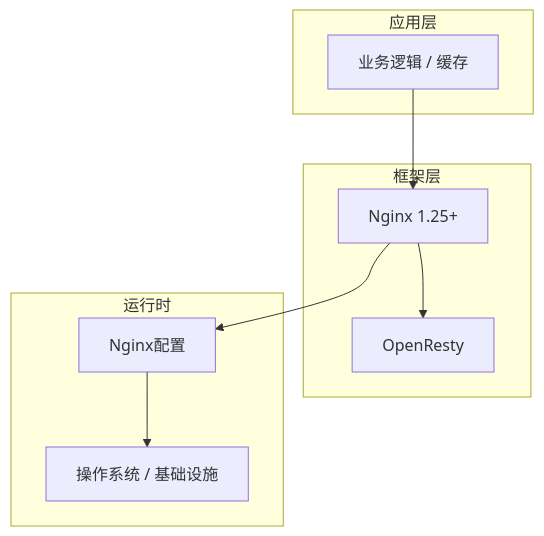
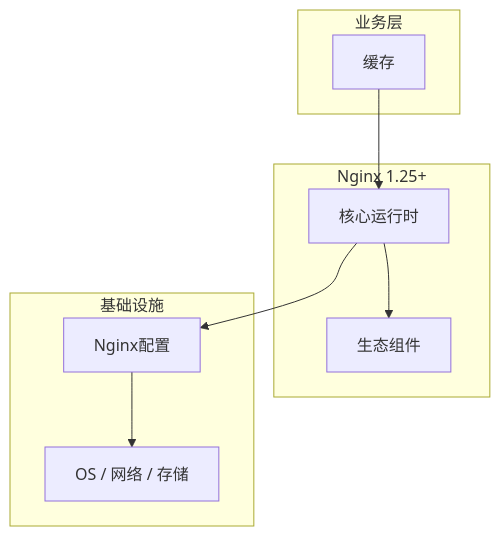
The diagram in articles/Nginx/chapters/041-缓存核心概念与原理.md (yanggan2015/knowledge-json-v2), drawn with Mermaid before and after one commit. The commit also changed other lines of this file and 10127 other files, not shown here.

````diff
--- a/articles/Nginx/chapters/041-缓存核心概念与原理.md
+++ b/articles/Nginx/chapters/041-缓存核心概念与原理.md
@@ -45,18 +34,18 @@
 ```mermaid
 graph TB
-    subgraph 应用层
-        A[业务逻辑 / 缓存]
+    subgraph 业务层
+        A[缓存]
     end
-    subgraph 框架层
-        B[Nginx 1.25+]
-        C[OpenResty]
+    subgraph Nginx 1.25+
+        B[核心运行时]
+        C[生态组件]
     end
-    subgraph 运行时
+    subgraph 基础设施
         D[Nginx配置]
-        E[操作系统 / 基础设施]
+        E[OS / 网络 / 存储]
     end
     A --> B
     B --> C
     B --> D
     D --> E
 ```
````
